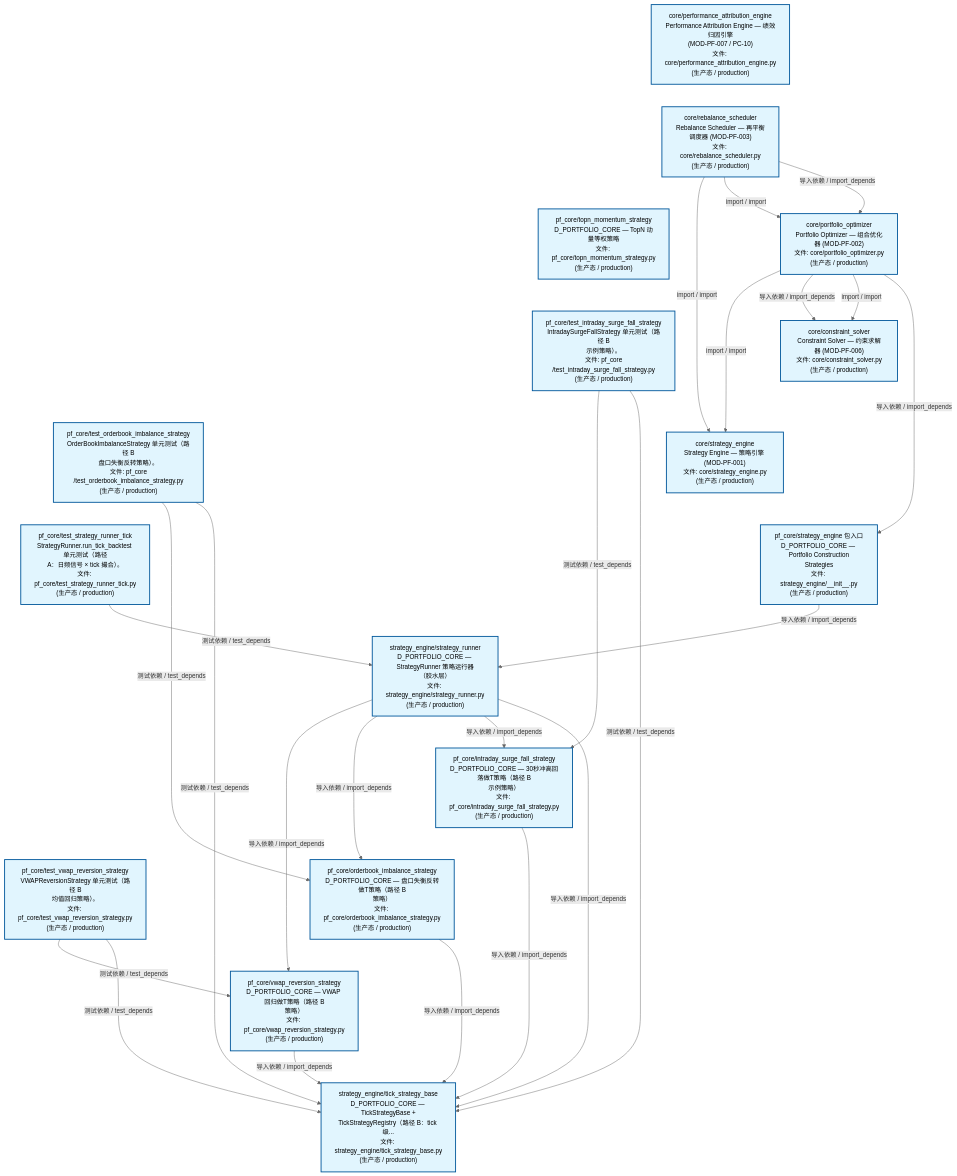
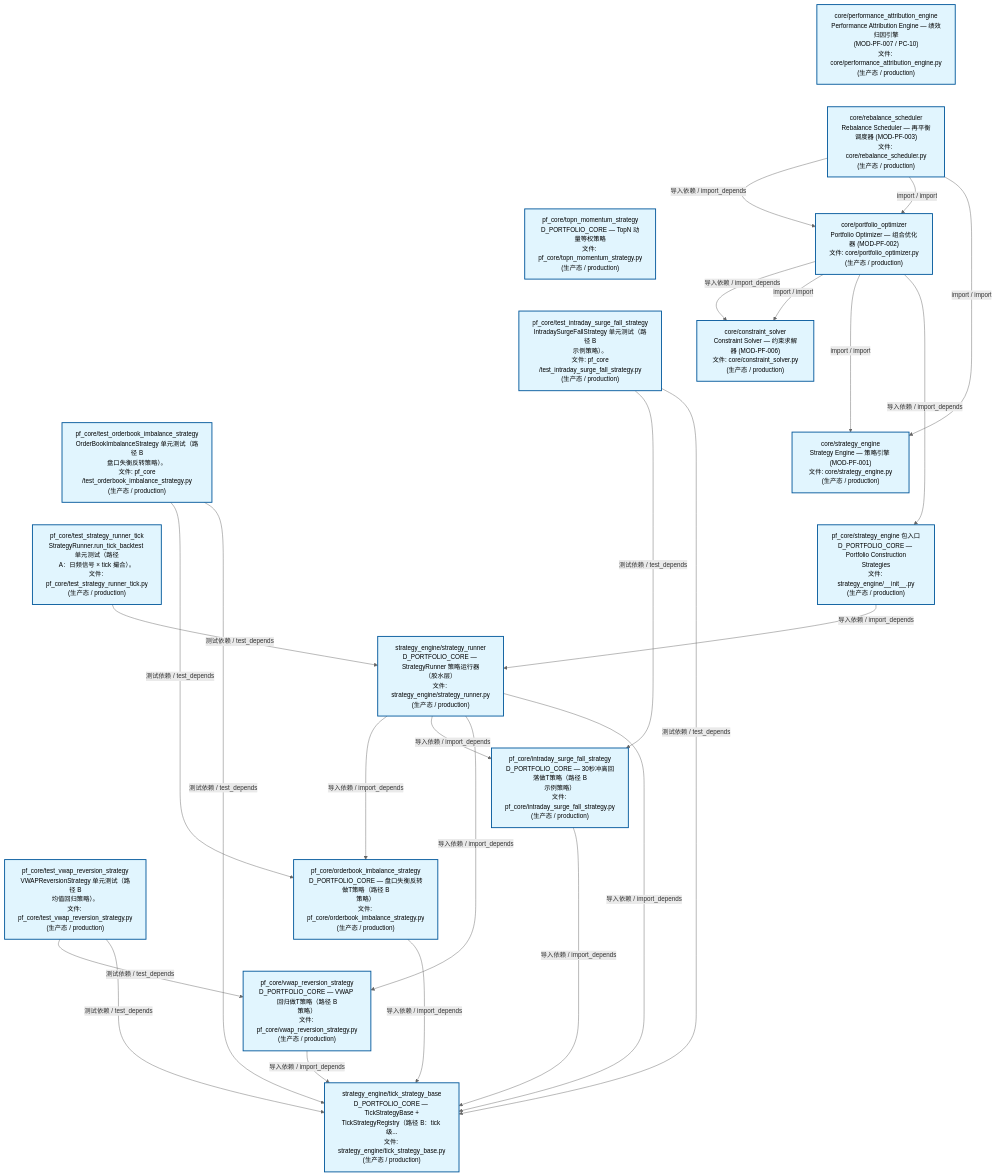
The second of 3 diagrams in docs/02_enterprise_architecture/02_domain_architecture_docs/63_d_pf_core.md (xuanFelixVan/ZephyrAlpha), drawn with Mermaid before and after one commit. The commit also changed other lines of this file and 55 other files, not shown here.

````diff
--- a/docs/02_enterprise_architecture/02_domain_architecture_docs/63_d_pf_core.md
+++ b/docs/02_enterprise_architecture/02_domain_architecture_docs/63_d_pf_core.md
@@ -139,57 +139,57 @@
 ```mermaid
 %%{init: {'theme': 'base', 'themeVariables': {'primaryColor': '#eaeaea', 'primaryTextColor': '#333333', 'primaryBorderColor': '#666666', 'lineColor': '#666666', 'secondaryColor': '#eaeaea', 'tertiaryColor': '#eaeaea', 'fontSize': '14px'}}}%%
 flowchart TD
     src_zephyr_pf_core_core_performance_attribution_engine_py["core/performance_attribution_engine<br/>Performance Attribution Engine — 绩效归因引擎<br/>(MOD-PF-007 / PC-10)<br/>文件: core/performance_attribution_engine.py<br/>(生产态 / production)"]
     src_zephyr_pf_core_core_rebalance_scheduler_py["core/rebalance_scheduler<br/>Rebalance Scheduler — 再平衡调度器 (MOD-PF-003)<br/>文件: core/rebalance_scheduler.py<br/>(生产态 / production)"]
     src_zephyr_pf_core_topn_momentum_strategy_py["pf_core/topn_momentum_strategy<br/>D_PORTFOLIO_CORE — TopN 动量等权策略<br/>文件: pf_core/topn_momentum_strategy.py<br/>(生产态 / production)"]
     tests_pf_core_test_intraday_surge_fall_strategy_py["pf_core/test_intraday_surge_fall_strategy<br/>IntradaySurgeFallStrategy 单元测试（路径 B<br/>示例策略）。<br/>文件: pf_core<br/>/test_intraday_surge_fall_strategy.py<br/>(生产态 / production)"]
     tests_pf_core_test_orderbook_imbalance_strategy_py["pf_core/test_orderbook_imbalance_strategy<br/>OrderBookImbalanceStrategy 单元测试（路径 B<br/>盘口失衡反转策略）。<br/>文件: pf_core<br/>/test_orderbook_imbalance_strategy.py<br/>(生产态 / production)"]
     tests_pf_core_test_strategy_runner_tick_py["pf_core/test_strategy_runner_tick<br/>StrategyRunner.run_tick_backtest 单元测试（路径<br/>A：日频信号 × tick 撮合）。<br/>文件: pf_core/test_strategy_runner_tick.py<br/>(生产态 / production)"]
     tests_pf_core_test_vwap_reversion_strategy_py["pf_core/test_vwap_reversion_strategy<br/>VWAPReversionStrategy 单元测试（路径 B<br/>均值回归策略）。<br/>文件: pf_core/test_vwap_reversion_strategy.py<br/>(生产态 / production)"]
     src_zephyr_pf_core_core_performance_attribution_engine_py ~~~ src_zephyr_pf_core_core_rebalance_scheduler_py
     src_zephyr_pf_core_core_rebalance_scheduler_py ~~~ src_zephyr_pf_core_topn_momentum_strategy_py
     src_zephyr_pf_core_topn_momentum_strategy_py ~~~ tests_pf_core_test_intraday_surge_fall_strategy_py
     tests_pf_core_test_intraday_surge_fall_strategy_py ~~~ tests_pf_core_test_orderbook_imbalance_strategy_py
     tests_pf_core_test_orderbook_imbalance_strategy_py ~~~ tests_pf_core_test_strategy_runner_tick_py
     tests_pf_core_test_strategy_runner_tick_py ~~~ tests_pf_core_test_vwap_reversion_strategy_py
     src_zephyr_pf_core_core_portfolio_optimizer_py["core/portfolio_optimizer<br/>Portfolio Optimizer — 组合优化器 (MOD-PF-002)<br/>文件: core/portfolio_optimizer.py<br/>(生产态 / production)"]
     src_zephyr_pf_core_core_constraint_solver_py["core/constraint_solver<br/>Constraint Solver — 约束求解器 (MOD-PF-006)<br/>文件: core/constraint_solver.py<br/>(生产态 / production)"]
     src_zephyr_pf_core_core_strategy_engine_py["core/strategy_engine<br/>Strategy Engine — 策略引擎 (MOD-PF-001)<br/>文件: core/strategy_engine.py<br/>(生产态 / production)"]
     src_zephyr_pf_core_strategy_engine_init_py["pf_core/strategy_engine 包入口<br/>D_PORTFOLIO_CORE — Portfolio Construction<br/>Strategies<br/>文件: strategy_engine/__init__.py<br/>(生产态 / production)"]
     src_zephyr_pf_core_core_constraint_solver_py ~~~ src_zephyr_pf_core_core_strategy_engine_py
     src_zephyr_pf_core_core_strategy_engine_py ~~~ src_zephyr_pf_core_strategy_engine_init_py
     src_zephyr_pf_core_strategy_engine_strategy_runner_py["strategy_engine/strategy_runner<br/>D_PORTFOLIO_CORE — StrategyRunner 策略运行器<br/>（胶水层）<br/>文件: strategy_engine/strategy_runner.py<br/>(生产态 / production)"]
     src_zephyr_pf_core_intraday_surge_fall_strategy_py["pf_core/intraday_surge_fall_strategy<br/>D_PORTFOLIO_CORE — 30秒冲高回落做T策略（路径 B<br/>示例策略）<br/>文件: pf_core/intraday_surge_fall_strategy.py<br/>(生产态 / production)"]
     src_zephyr_pf_core_orderbook_imbalance_strategy_py["pf_core/orderbook_imbalance_strategy<br/>D_PORTFOLIO_CORE — 盘口失衡反转做T策略（路径 B<br/>策略）<br/>文件: pf_core/orderbook_imbalance_strategy.py<br/>(生产态 / production)"]
     src_zephyr_pf_core_vwap_reversion_strategy_py["pf_core/vwap_reversion_strategy<br/>D_PORTFOLIO_CORE — VWAP 回归做T策略（路径 B<br/>策略）<br/>文件: pf_core/vwap_reversion_strategy.py<br/>(生产态 / production)"]
     src_zephyr_pf_core_intraday_surge_fall_strategy_py ~~~ src_zephyr_pf_core_orderbook_imbalance_strategy_py
     src_zephyr_pf_core_orderbook_imbalance_strategy_py ~~~ src_zephyr_pf_core_vwap_reversion_strategy_py
     src_zephyr_pf_core_strategy_engine_tick_strategy_base_py["strategy_engine/tick_strategy_base<br/>D_PORTFOLIO_CORE — TickStrategyBase +<br/>TickStrategyRegistry（路径 B：tick 级...<br/>文件: strategy_engine/tick_strategy_base.py<br/>(生产态 / production)"]
-    src_zephyr_pf_core_vwap_reversion_strategy_py -->|导入依赖 / import_depends| src_zephyr_pf_core_strategy_engine_tick_strategy_base_py
     src_zephyr_pf_core_orderbook_imbalance_strategy_py -->|导入依赖 / import_depends| src_zephyr_pf_core_strategy_engine_tick_strategy_base_py
     src_zephyr_pf_core_intraday_surge_fall_strategy_py -->|导入依赖 / import_depends| src_zephyr_pf_core_strategy_engine_tick_strategy_base_py
-    src_zephyr_pf_core_core_portfolio_optimizer_py -->|import / import| src_zephyr_pf_core_core_strategy_engine_py
+    src_zephyr_pf_core_vwap_reversion_strategy_py -->|导入依赖 / import_depends| src_zephyr_pf_core_strategy_engine_tick_strategy_base_py
+    src_zephyr_pf_core_core_rebalance_scheduler_py -->|导入依赖 / import_depends| src_zephyr_pf_core_core_portfolio_optimizer_py
+    src_zephyr_pf_core_core_rebalance_scheduler_py -->|import / import| src_zephyr_pf_core_core_portfolio_optimizer_py
+    src_zephyr_pf_core_core_rebalance_scheduler_py -->|import / import| src_zephyr_pf_core_core_strategy_engine_py
     src_zephyr_pf_core_core_portfolio_optimizer_py -->|导入依赖 / import_depends| src_zephyr_pf_core_core_constraint_solver_py
     src_zephyr_pf_core_core_portfolio_optimizer_py -->|import / import| src_zephyr_pf_core_core_constraint_solver_py
+    src_zephyr_pf_core_core_portfolio_optimizer_py -->|import / import| src_zephyr_pf_core_core_strategy_engine_py
     src_zephyr_pf_core_core_portfolio_optimizer_py -->|导入依赖 / import_depends| src_zephyr_pf_core_strategy_engine_init_py
-    src_zephyr_pf_core_core_rebalance_scheduler_py -->|import / import| src_zephyr_pf_core_core_strategy_engine_py
-    src_zephyr_pf_core_core_rebalance_scheduler_py -->|import / import| src_zephyr_pf_core_core_portfolio_optimizer_py
-    src_zephyr_pf_core_core_rebalance_scheduler_py -->|导入依赖 / import_depends| src_zephyr_pf_core_core_portfolio_optimizer_py
     src_zephyr_pf_core_strategy_engine_init_py -->|导入依赖 / import_depends| src_zephyr_pf_core_strategy_engine_strategy_runner_py
-    src_zephyr_pf_core_strategy_engine_strategy_runner_py -->|导入依赖 / import_depends| src_zephyr_pf_core_vwap_reversion_strategy_py
     src_zephyr_pf_core_strategy_engine_strategy_runner_py -->|导入依赖 / import_depends| src_zephyr_pf_core_orderbook_imbalance_strategy_py
     src_zephyr_pf_core_strategy_engine_strategy_runner_py -->|导入依赖 / import_depends| src_zephyr_pf_core_intraday_surge_fall_strategy_py
+    src_zephyr_pf_core_strategy_engine_strategy_runner_py -->|导入依赖 / import_depends| src_zephyr_pf_core_vwap_reversion_strategy_py
     src_zephyr_pf_core_strategy_engine_strategy_runner_py -->|导入依赖 / import_depends| src_zephyr_pf_core_strategy_engine_tick_strategy_base_py
     tests_pf_core_test_orderbook_imbalance_strategy_py -->|测试依赖 / test_depends| src_zephyr_pf_core_orderbook_imbalance_strategy_py
     tests_pf_core_test_orderbook_imbalance_strategy_py -->|测试依赖 / test_depends| src_zephyr_pf_core_strategy_engine_tick_strategy_base_py
     tests_pf_core_test_intraday_surge_fall_strategy_py -->|测试依赖 / test_depends| src_zephyr_pf_core_intraday_surge_fall_strategy_py
     tests_pf_core_test_intraday_surge_fall_strategy_py -->|测试依赖 / test_depends| src_zephyr_pf_core_strategy_engine_tick_strategy_base_py
+    tests_pf_core_test_strategy_runner_tick_py -->|测试依赖 / test_depends| src_zephyr_pf_core_strategy_engine_strategy_runner_py
     tests_pf_core_test_vwap_reversion_strategy_py -->|测试依赖 / test_depends| src_zephyr_pf_core_vwap_reversion_strategy_py
     tests_pf_core_test_vwap_reversion_strategy_py -->|测试依赖 / test_depends| src_zephyr_pf_core_strategy_engine_tick_strategy_base_py
-    tests_pf_core_test_strategy_runner_tick_py -->|测试依赖 / test_depends| src_zephyr_pf_core_strategy_engine_strategy_runner_py
     classDef production fill:#e1f5fe,stroke:#01579b,stroke-width:2px,color:#000
     classDef design fill:#fff3e0,stroke:#e65100,stroke-width:2px,color:#000,stroke-dasharray: 5 5
     classDef external_prod fill:#e8f4fd,stroke:#0277bd,stroke-width:1px,color:#000
     classDef external_design fill:#fff8e7,stroke:#ef6c00,stroke-width:1px,color:#000,stroke-dasharray: 5 5
     class src_zephyr_pf_core_core_constraint_solver_py,src_zephyr_pf_core_core_performance_attribution_engine_py,src_zephyr_pf_core_core_portfolio_optimizer_py,src_zephyr_pf_core_core_rebalance_scheduler_py,src_zephyr_pf_core_core_strategy_engine_py,src_zephyr_pf_core_intraday_surge_fall_strategy_py,src_zephyr_pf_core_orderbook_imbalance_strategy_py,src_zephyr_pf_core_strategy_engine_init_py,src_zephyr_pf_core_strategy_engine_strategy_runner_py,src_zephyr_pf_core_strategy_engine_tick_strategy_base_py,src_zephyr_pf_core_topn_momentum_strategy_py,src_zephyr_pf_core_vwap_reversion_strategy_py,tests_pf_core_test_intraday_surge_fall_strategy_py,tests_pf_core_test_orderbook_imbalance_strategy_py,tests_pf_core_test_strategy_runner_tick_py,tests_pf_core_test_vwap_reversion_strategy_py production
 ```
````
